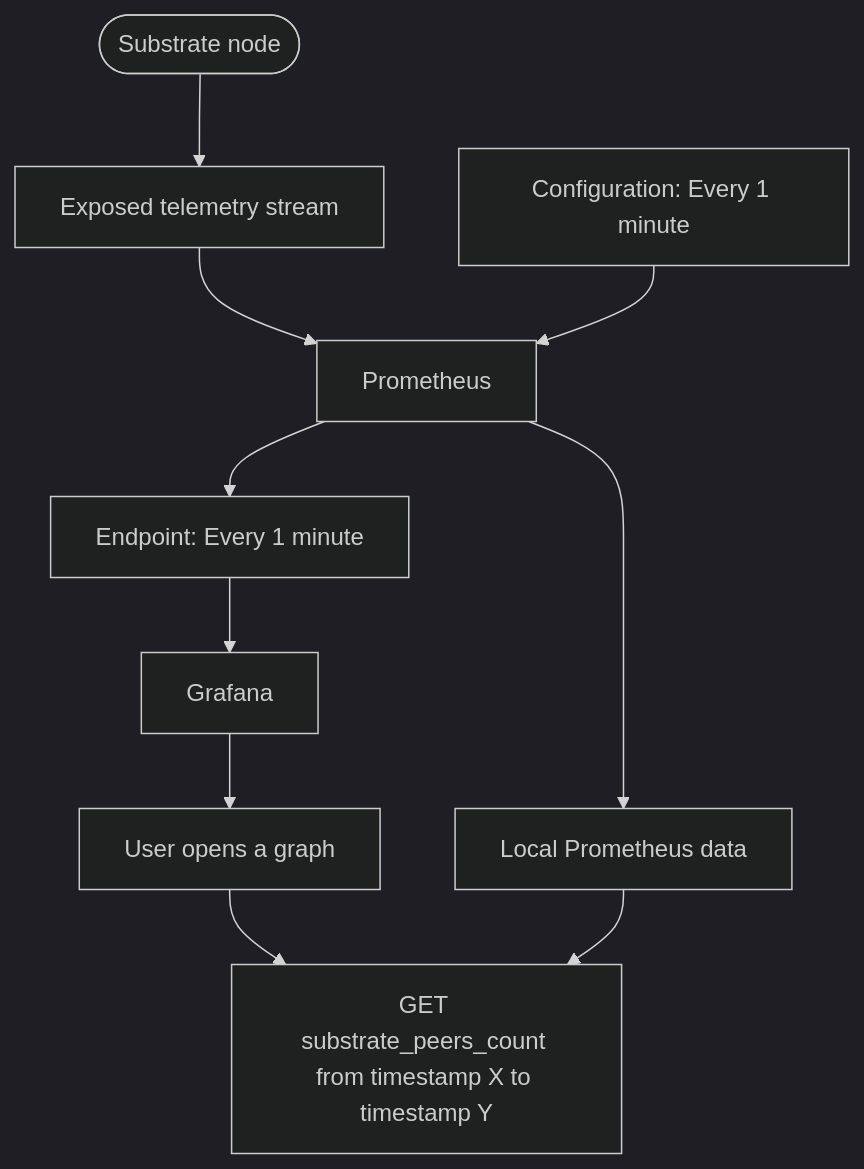
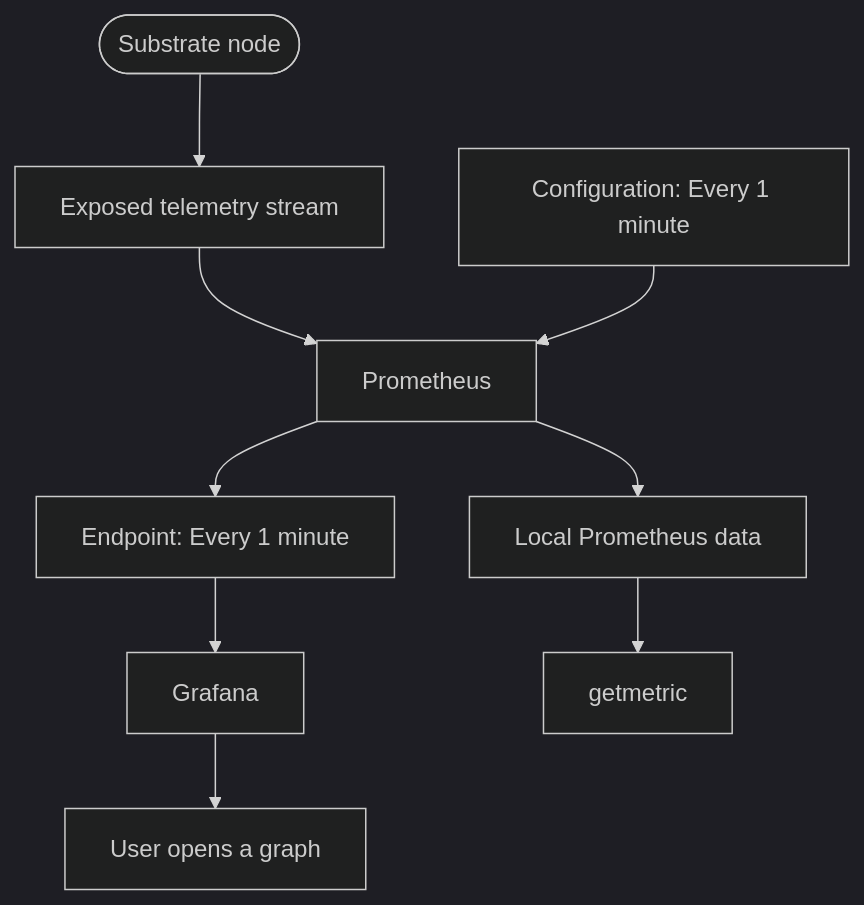
Before and after one commit to polkadot-developers/polkadot-docs: the diagram in develop/blockchains/maintenance/runtime-metrics-monitoring.md, drawn with Mermaid (dark theme). The commit also changed other lines of this file, not shown here.

````diff
--- a/develop/blockchains/maintenance/runtime-metrics-monitoring.md
+++ b/develop/blockchains/maintenance/runtime-metrics-monitoring.md
@@ -22,12 +22,11 @@
 ```mermaid
 graph TD
   subnode([Substrate node]) --> telemetrystream[Exposed telemetry stream]
   telemetrystream --> prom[Prometheus]
   configuration[Configuration: Every 1 minute] --> prom
   prom --> endpoint[Endpoint: Every 1 minute]
   endpoint --> grafana[Grafana]
   grafana --> useropen[User opens a graph]
-  useropen --> getmetric[GET substrate_peers_count from timestamp X to timestamp Y]
   prom --> localdata[Local Prometheus data]
   localdata --> getmetric
 ```
````
